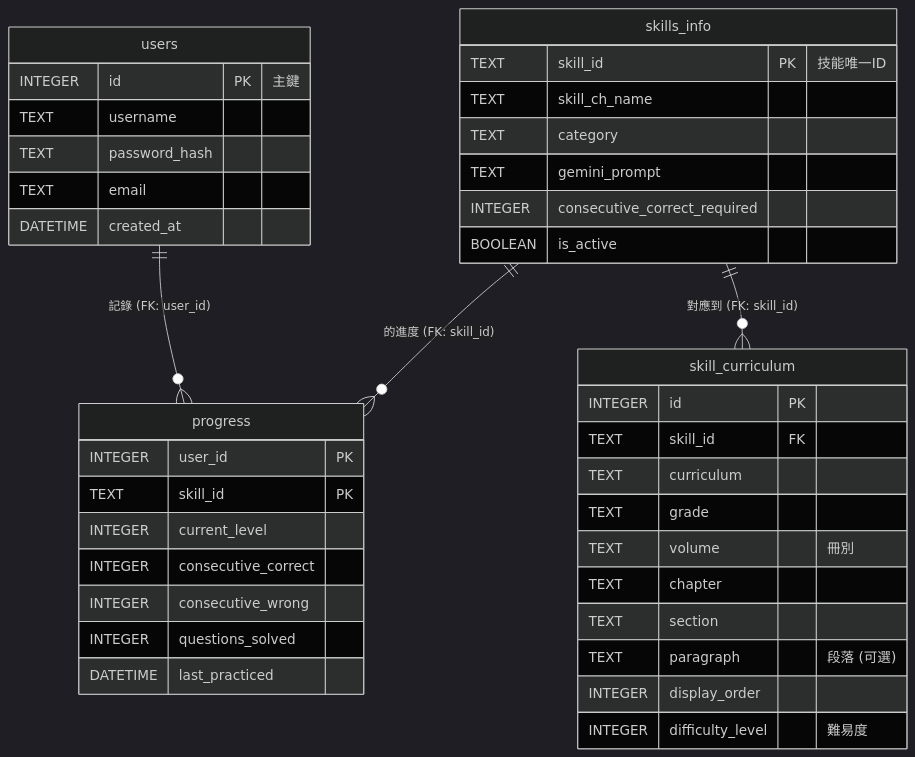
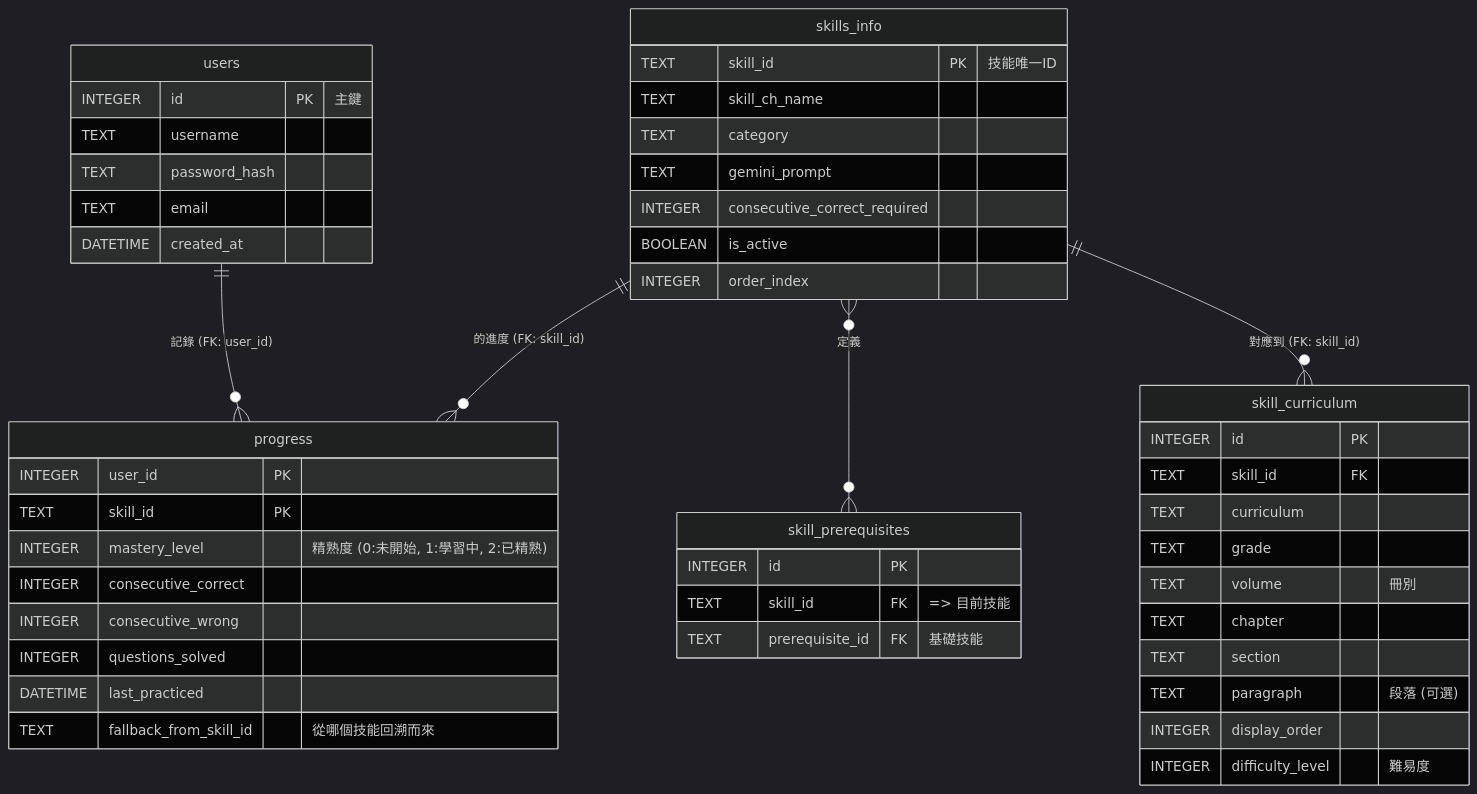
The diagram in docs/軟體設計文件 (SDD).md (yyfsunnyboy/MathProject_AST_Research), drawn with Mermaid (dark theme) before and after one commit. The commit also changed other lines of this file and 125 other files, not shown here.

`````diff
--- a/docs/軟體設計文件 (SDD).md
+++ b/docs/軟體設計文件 (SDD).md
@@ -47,46 +47,55 @@
 ```mermaid
 erDiagram
     users ||--o{ progress : "記錄 (FK: user_id)"
     skills_info ||--o{ progress : "的進度 (FK: skill_id)"
+    skills_info }o--o{ skill_prerequisites : "定義"
     skills_info ||--o{ skill_curriculum : "對應到 (FK: skill_id)"
 
     users {
         INTEGER id PK "主鍵"
         TEXT username
         TEXT password_hash
         TEXT email
         DATETIME created_at
     }
 
     skills_info {
         TEXT skill_id PK "技能唯一ID"
         TEXT skill_ch_name
         TEXT category
         TEXT gemini_prompt
         INTEGER consecutive_correct_required
         BOOLEAN is_active
+        INTEGER order_index
+    }
+
+    skill_prerequisites {
+        INTEGER id PK
+        TEXT skill_id FK "=> 目前技能"
+        TEXT prerequisite_id FK "基礎技能"
     }
 
     progress {
         INTEGER user_id PK
         TEXT skill_id PK
-        INTEGER current_level
+        INTEGER mastery_level "精熟度 (0:未開始, 1:學習中, 2:已精熟)"
         INTEGER consecutive_correct
         INTEGER consecutive_wrong
         INTEGER questions_solved
         DATETIME last_practiced
+        TEXT fallback_from_skill_id "從哪個技能回溯而來"
     }
 
     skill_curriculum {
         INTEGER id PK
         TEXT skill_id FK
         TEXT curriculum
         TEXT grade
         TEXT volume "冊別"
         TEXT chapter
         TEXT section
         TEXT paragraph "段落 (可選)"
         INTEGER display_order
         INTEGER difficulty_level "難易度"
     }
 ````
`````
